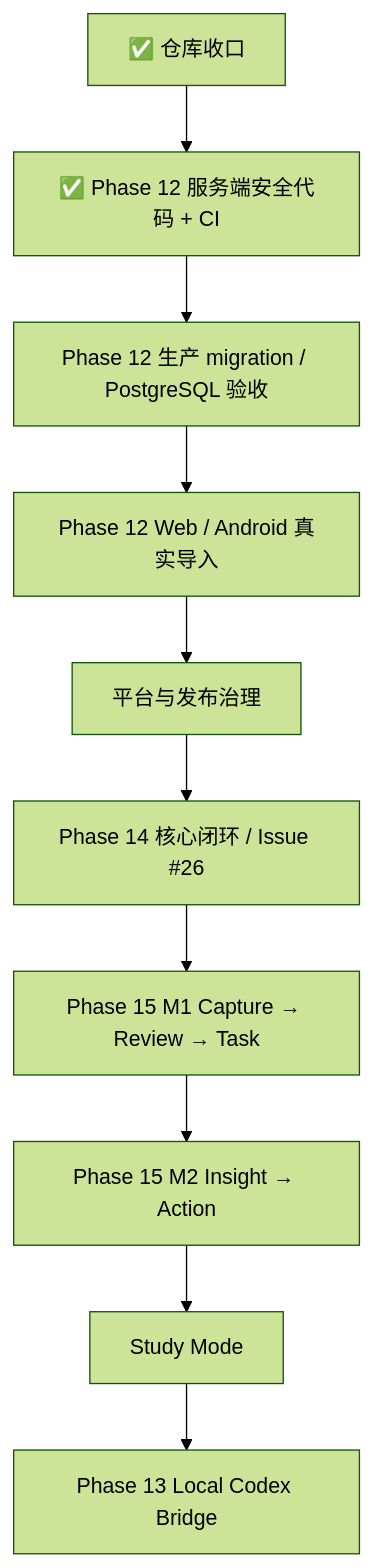
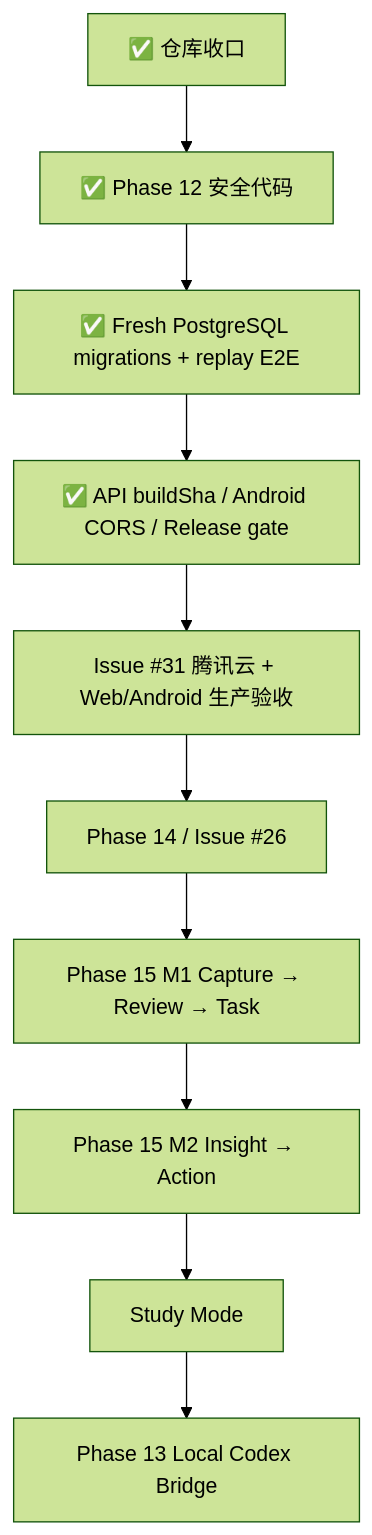
The second of 2 diagrams in PROJECT_BLUEPRINT.md (tiads031-boop/sparkflow), drawn with Mermaid (forest theme) before and after one commit. The commit also changed other lines of this file, not shown here.

Commit message:
docs: align blueprint with Phase 12 production gates

````diff
--- a/PROJECT_BLUEPRINT.md
+++ b/PROJECT_BLUEPRINT.md
@@ -215,12 +266,12 @@
 ```mermaid
 flowchart TD
-    A["✅ 仓库收口"] --> B["✅ Phase 12 服务端安全代码 + CI"]
-    B --> C["Phase 12 生产 migration / PostgreSQL 验收"]
-    C --> D["Phase 12 Web / Android 真实导入"]
-    D --> E["平台与发布治理"]
-    E --> F["Phase 14 核心闭环 / Issue #26"]
+    A["✅ 仓库收口"] --> B["✅ Phase 12 安全代码"]
+    B --> C["✅ Fresh PostgreSQL migrations + replay E2E"]
+    C --> D["✅ API buildSha / Android CORS / Release gate"]
+    D --> E["Issue #31 腾讯云 + Web/Android 生产验收"]
+    E --> F["Phase 14 / Issue #26"]
     F --> G["Phase 15 M1 Capture → Review → Task"]
     G --> H["Phase 15 M2 Insight → Action"]
     H --> I["Study Mode"]
     I --> J["Phase 13 Local Codex Bridge"]
 ```
````
